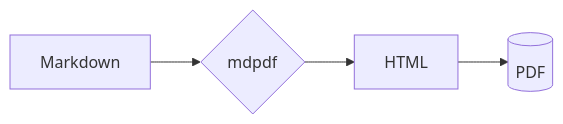
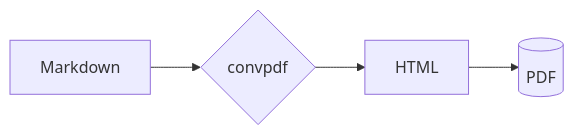
One commit to mohamed-chs/convpdf changed the first of 2 diagrams in examples/showcase.md. Above: the diagram before and after it, drawn with Mermaid. The commit also changed other lines of this file and 36 other files, not shown here.

````diff
--- a/examples/showcase.md
+++ b/examples/showcase.md
@@ -142,6 +142,6 @@
 ```mermaid
 flowchart LR
-    A[Markdown] --> B{mdpdf}
+    A[Markdown] --> B{convpdf}
     B --> C[HTML]
     C --> D[(PDF)]
 ```
````
